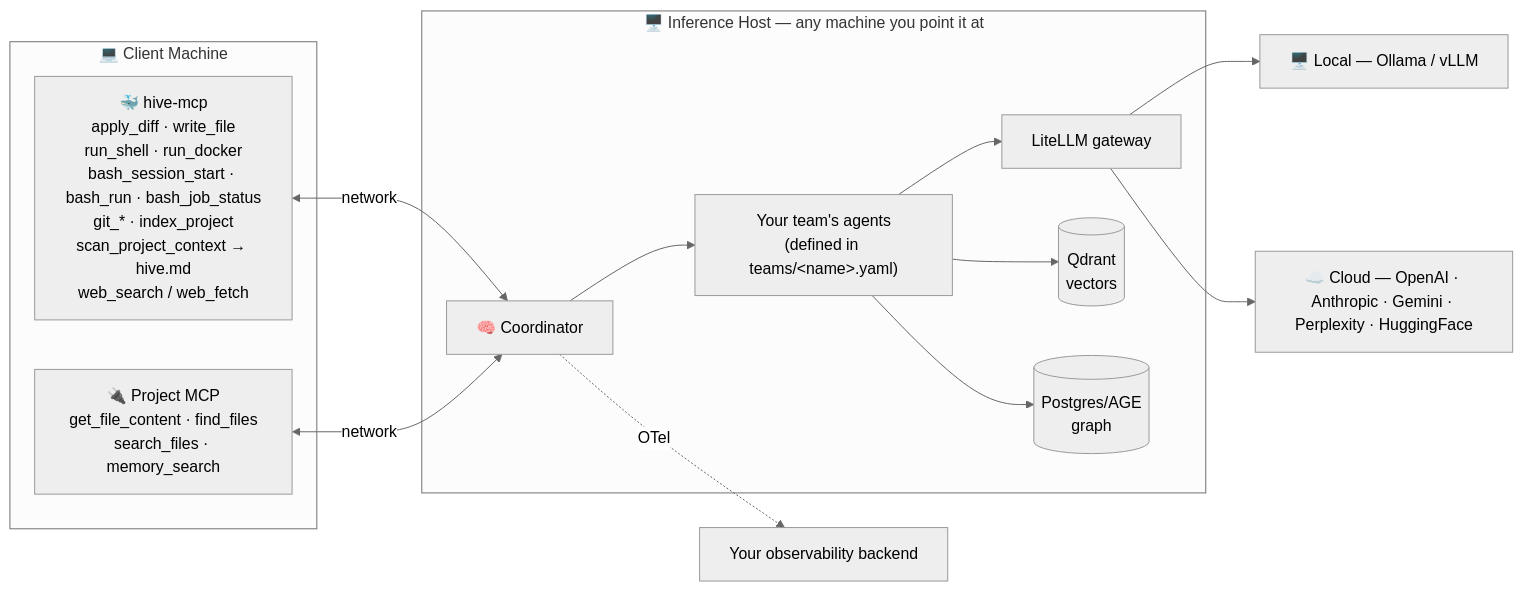
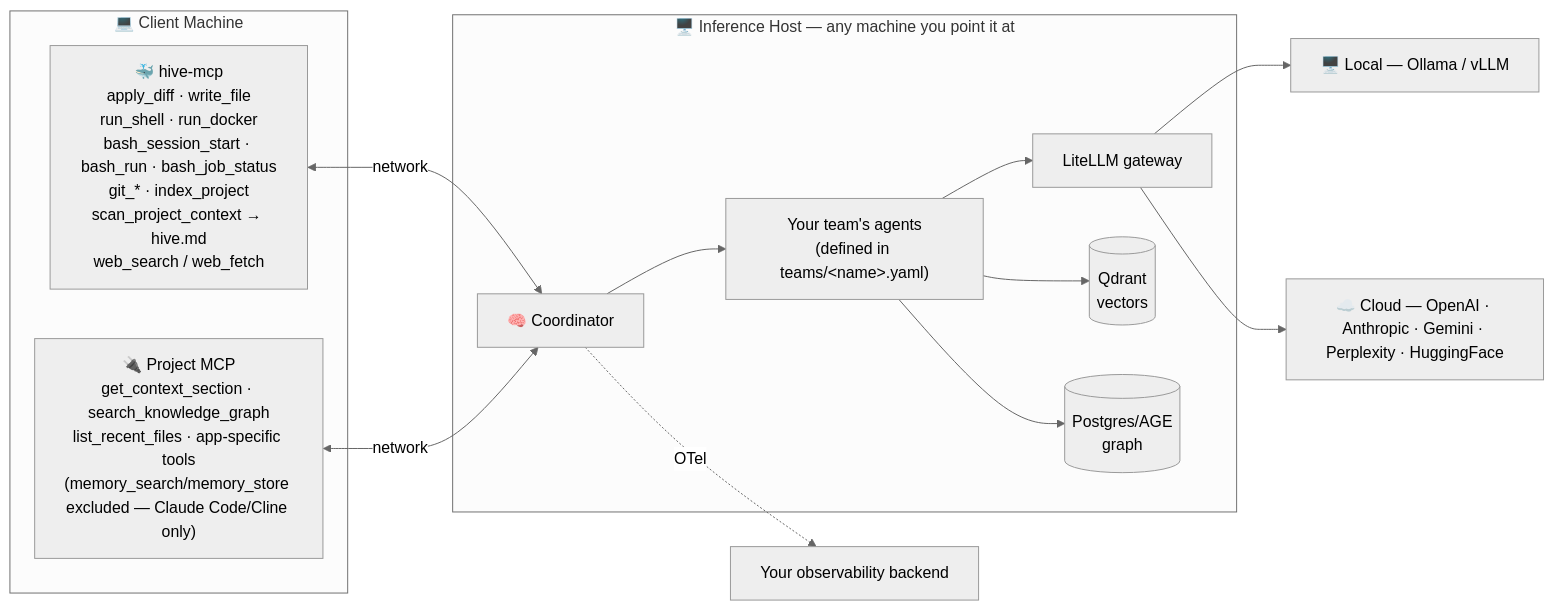
Before and after one commit to abehera1992/agno-hive: the diagram in README.md, drawn with Mermaid (neutral theme). The commit also changed other lines of this file and 4 other files, not shown here.

First line of the commit message:
fix(team): remove memory_search/memory_store from hive's project-MCP tool grant

````diff
--- a/README.md
+++ b/README.md
@@ -34,29 +34,29 @@
 ```mermaid
 flowchart LR
     subgraph Client["💻 Client Machine"]
         HM["🐳 hive-mcp<br/>apply_diff · write_file<br/>run_shell · run_docker<br/>bash_session_start · bash_run · bash_job_status<br/>git_* · index_project<br/>scan_project_context → hive.md<br/>web_search / web_fetch"]
-        PM["🔌 Project MCP<br/>get_file_content · find_files<br/>search_files · memory_search"]
+        PM["🔌 Project MCP<br/>get_context_section · search_knowledge_graph<br/>list_recent_files · app-specific tools<br/>(memory_search/memory_store excluded — Claude Code/Cline only)"]
     end
 
     subgraph Host["🖥️ Inference Host — any machine you point it at"]
         COORD["🧠 Coordinator"]
         PIPE["Your team's agents<br/>(defined in teams/&lt;name&gt;.yaml)"]
         LLM["LiteLLM gateway"]
         QD[("Qdrant<br/>vectors")]
         PG[("Postgres/AGE<br/>graph")]
     end
 
     LOCAL["🖥️ Local — Ollama / vLLM"]
     CLOUD["☁️ Cloud — OpenAI · Anthropic · Gemini · Perplexity · HuggingFace"]
     OBS["Your observability backend"]
 
     HM <-->|network| COORD
     PM <-->|network| COORD
     COORD --> PIPE
     PIPE --> LLM
     LLM --> LOCAL
     LLM --> CLOUD
     PIPE --> QD
     PIPE --> PG
     COORD -.->|OTel| OBS
 ```
````
